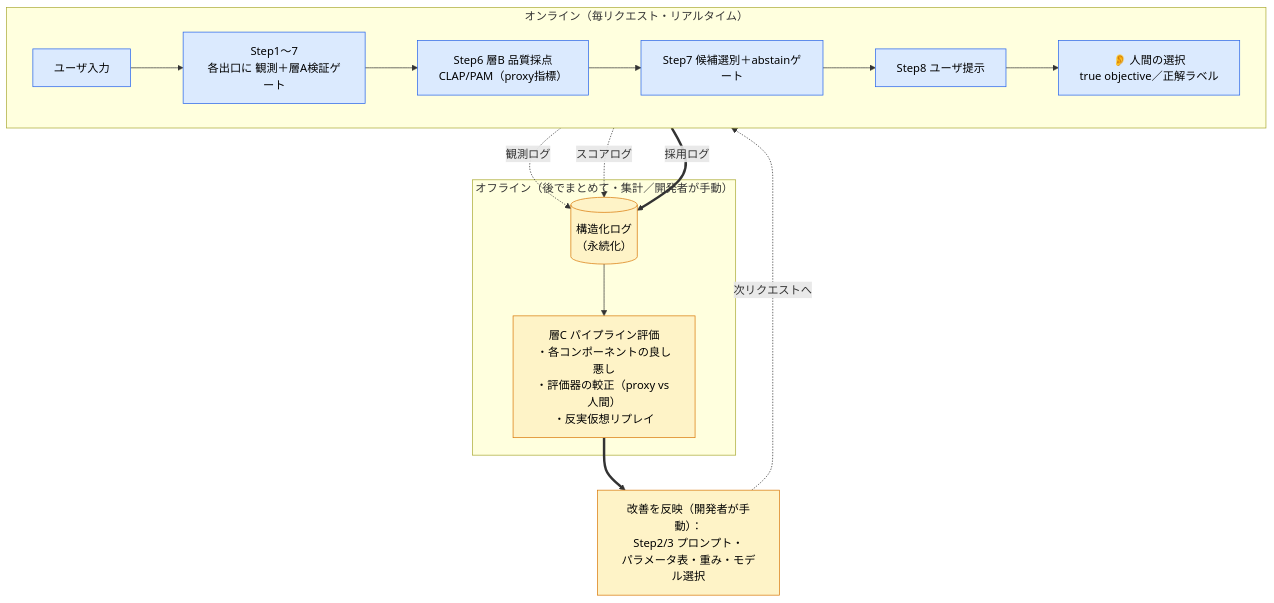
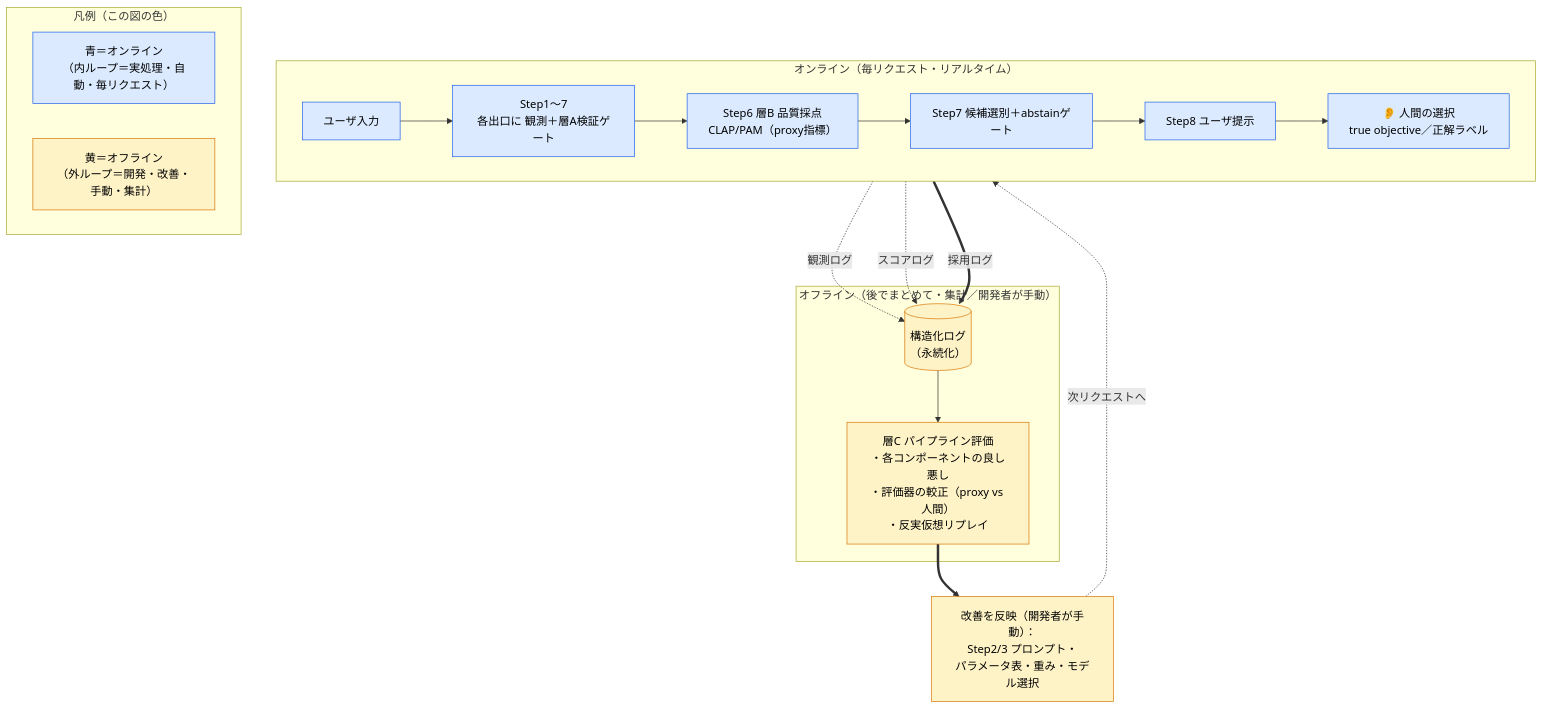
One commit to mgmaru/foley-forge-prototype changed the third of 4 diagrams in docs/observation-and-evaluation-design.md. Above: the diagram before and after it, drawn with Mermaid.

Commit message:
観測・評価設計: §10 二重ループ図に凡例を追加（青＝オンライン/黄＝オフライン）
色の違いがぱっと見で分からない問題を解消。図内に凡例サブグラフを追加し、
直後の「読み方」表（内ループ/外ループ）と色が一致して読めるようにした。

````diff
--- a/docs/observation-and-evaluation-design.md
+++ b/docs/observation-and-evaluation-design.md
@@ -336,27 +336,33 @@
 ```mermaid
 flowchart TB
     subgraph ONLINE["オンライン（毎リクエスト・リアルタイム）"]
         direction LR
         IN["ユーザ入力"] --> P["Step1〜7<br/>各出口に 観測＋層A検証ゲート"]
         P --> B6["Step6 層B 品質採点<br/>CLAP/PAM（proxy指標）"]
         B6 --> B7["Step7 候補選別＋abstainゲート"]
         B7 --> OUT["Step8 ユーザ提示"]
         OUT --> HUMAN["👂 人間の選択<br/>true objective／正解ラベル"]
     end
 
     P -. 観測ログ .-> LOG[("構造化ログ<br/>（永続化）")]
     B6 -. スコアログ .-> LOG
     HUMAN == 採用ログ ==> LOG
 
     subgraph OFFLINE["オフライン（後でまとめて・集計／開発者が手動）"]
         LOG --> C["層C パイプライン評価<br/>・各コンポーネントの良し悪し<br/>・評価器の較正（proxy vs 人間）<br/>・反実仮想リプレイ"]
     end
 
     C ==> IMPROVE["改善を反映（開発者が手動）：<br/>Step2/3 プロンプト・<br/>パラメータ表・重み・モデル選択"]
     IMPROVE -. 次リクエストへ .-> P
 
+    subgraph Legend["凡例（この図の色）"]
+        direction LR
+        LON["青＝オンライン<br/>（内ループ＝実処理・自動・毎リクエスト）"]:::on
+        LOFF["黄＝オフライン<br/>（外ループ＝開発・改善・手動・集計）"]:::off
+    end
+
     classDef on fill:#dbeafe,stroke:#2563eb,color:#000
     classDef off fill:#fef3c7,stroke:#d97706,color:#000
     class IN,P,B6,B7,OUT,HUMAN on
     class LOG,C,IMPROVE off
 ```
````
